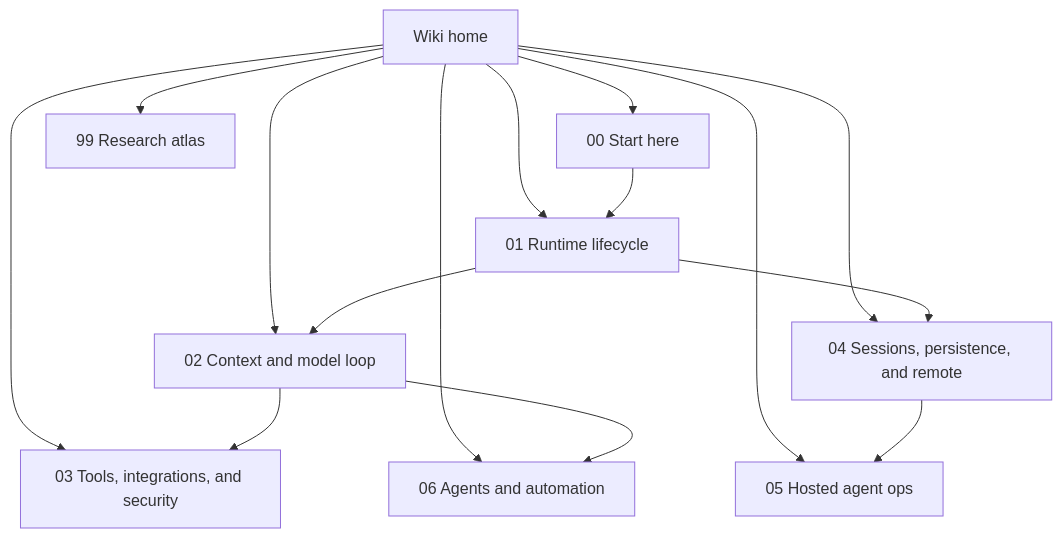
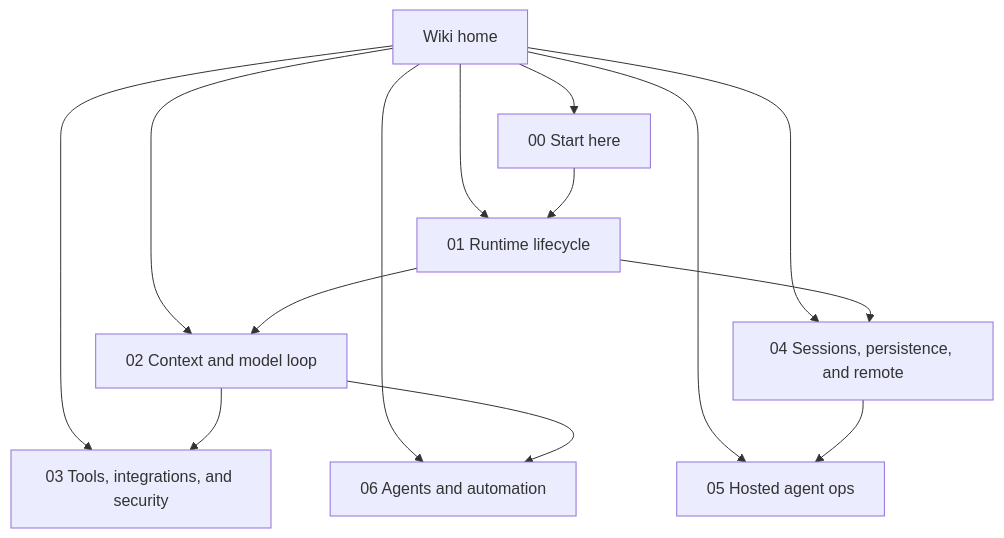
Before and after one commit to vibewatch/copilot-cli-internals: the diagram in docs/README.md, drawn with Mermaid.

Commit message:
chore: remove reference to research atlas from the README navigation

````diff
--- a/docs/README.md
+++ b/docs/README.md
@@ -23,27 +23,26 @@
 ```mermaid
 flowchart TD
     Home[Wiki home] --> Start[00 Start here]
     Home --> Runtime[01 Runtime lifecycle]
     Home --> Loop[02 Context and model loop]
     Home --> Tools[03 Tools, integrations, and security]
     Home --> Sessions[04 Sessions, persistence, and remote]
     Home --> Hosted[05 Hosted agent ops]
     Home --> Agents[06 Agents and automation]
-    Home --> Research[99 Research atlas]
 
     Start --> Runtime
     Runtime --> Loop
     Loop --> Tools
     Runtime --> Sessions
     Sessions --> Hosted
     Loop --> Agents
 
     click Home "./" "Open wiki home"
     click Start "./00-start-here/" "Open Start here"
     click Runtime "./01-runtime-lifecycle/" "Open Runtime lifecycle"
     click Loop "./02-context-model-loop/" "Open Context and model loop"
     click Tools "./03-tools-integrations-security/" "Open Tools, integrations, and security"
     click Sessions "./04-sessions-persistence-remote/" "Open Sessions, persistence, and remote"
     click Hosted "./05-hosted-agent-ops/" "Open Hosted agent ops"
     click Agents "./06-agents-automation/" "Open Agents and automation"
 ```
````
